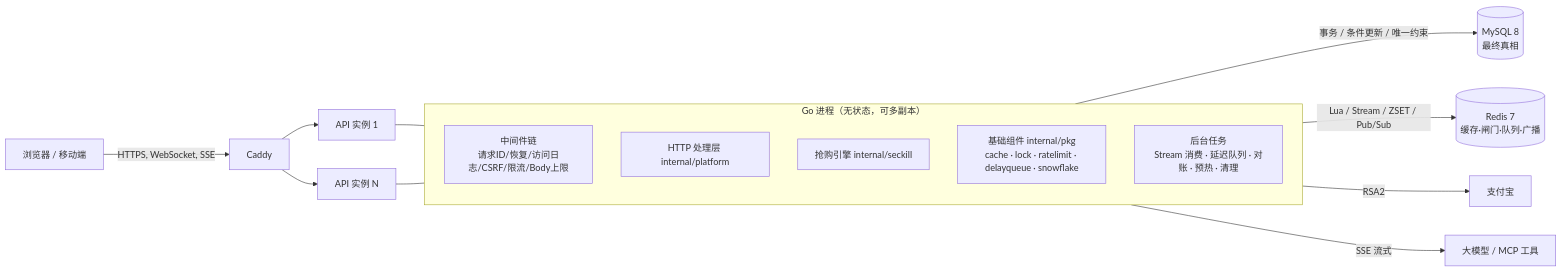
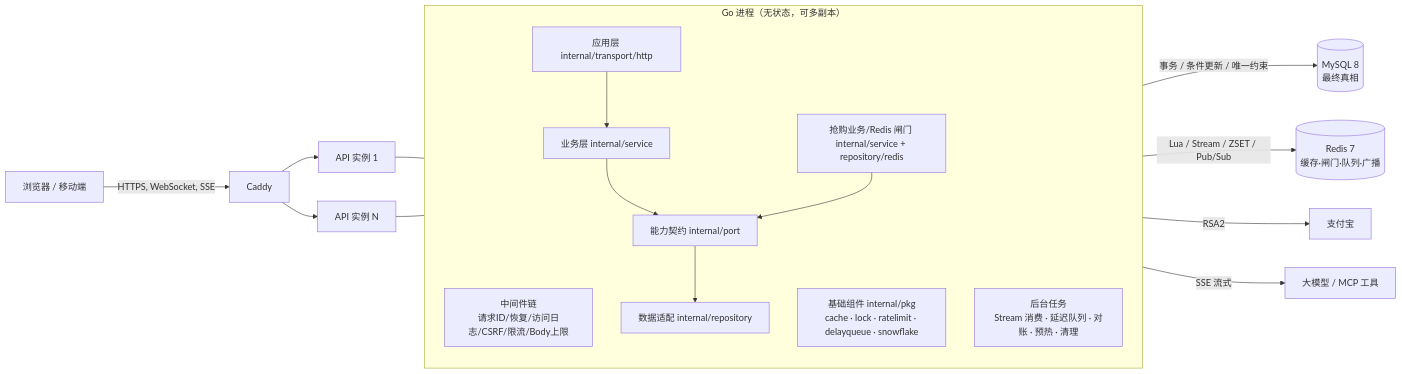
Before and after one commit to malevrigns/campus-market: the first of 3 diagrams in docs/architecture.md, drawn with Mermaid. The commit also changed other lines of this file and 118 other files, not shown here.

First line of the commit message:
refactor(backend): split monolith package into layered architecture

````diff
--- a/docs/architecture.md
+++ b/docs/architecture.md
@@ -9,19 +10,24 @@
 ```mermaid
 flowchart LR
   B[浏览器 / 移动端] -->|HTTPS, WebSocket, SSE| C[Caddy]
   C --> A1[API 实例 1]
   C --> A2[API 实例 N]
   subgraph API[Go 进程（无状态，可多副本）]
     direction TB
     MW[中间件链<br/>请求ID/恢复/访问日志/CSRF/限流/Body上限]
-    H[HTTP 处理层 internal/platform]
-    SK[抢购引擎 internal/seckill]
+    H[应用层 internal/transport/http]
+    S[业务层 internal/service]
+    P[能力契约 internal/port]
+    D[数据适配 internal/repository]
+    SK[抢购业务/Redis 闸门 internal/service + repository/redis]
     PKG[基础组件 internal/pkg<br/>cache · lock · ratelimit · delayqueue · snowflake]
     W[后台任务<br/>Stream 消费 · 延迟队列 · 对账 · 预热 · 清理]
+    H --> S --> P --> D
+    SK --> P
   end
   A1 & A2 --- API
   API -->|事务 / 条件更新 / 唯一约束| M[(MySQL 8<br/>最终真相)]
   API -->|Lua / Stream / ZSET / Pub/Sub| R[(Redis 7<br/>缓存·闸门·队列·广播)]
-  API -->|RSA2| P[支付宝]
+  API -->|RSA2| PAY[支付宝]
   API -->|SSE 流式| L[大模型 / MCP 工具]
 ```
````
